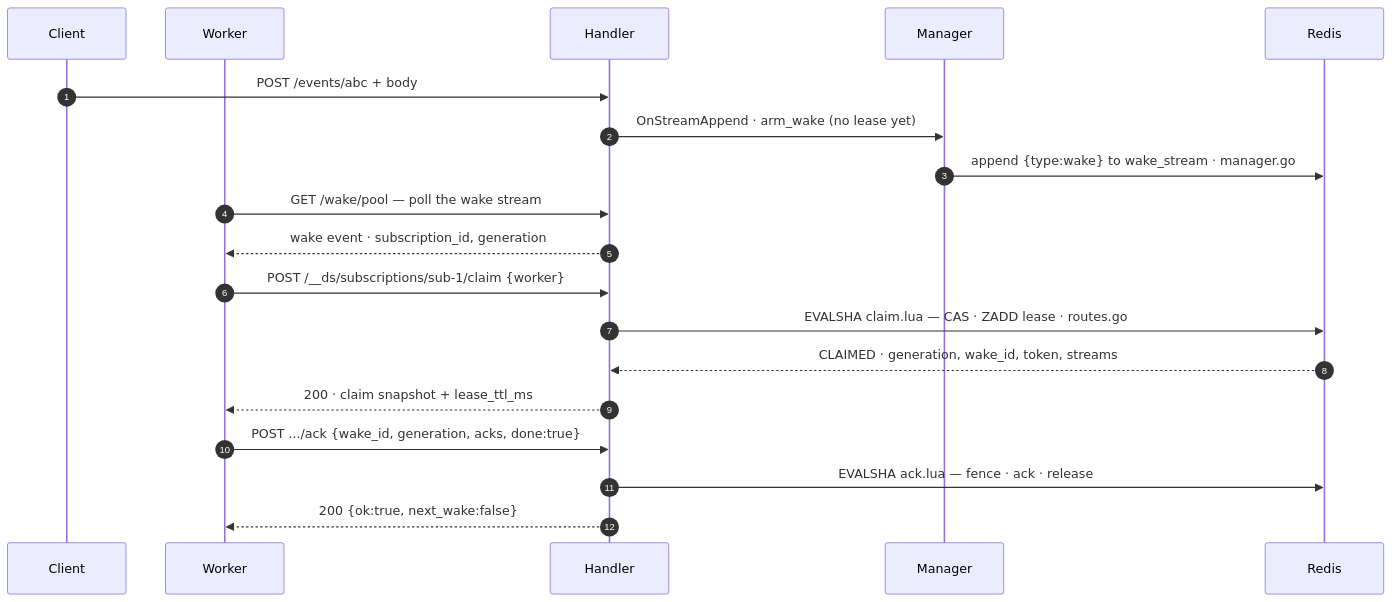
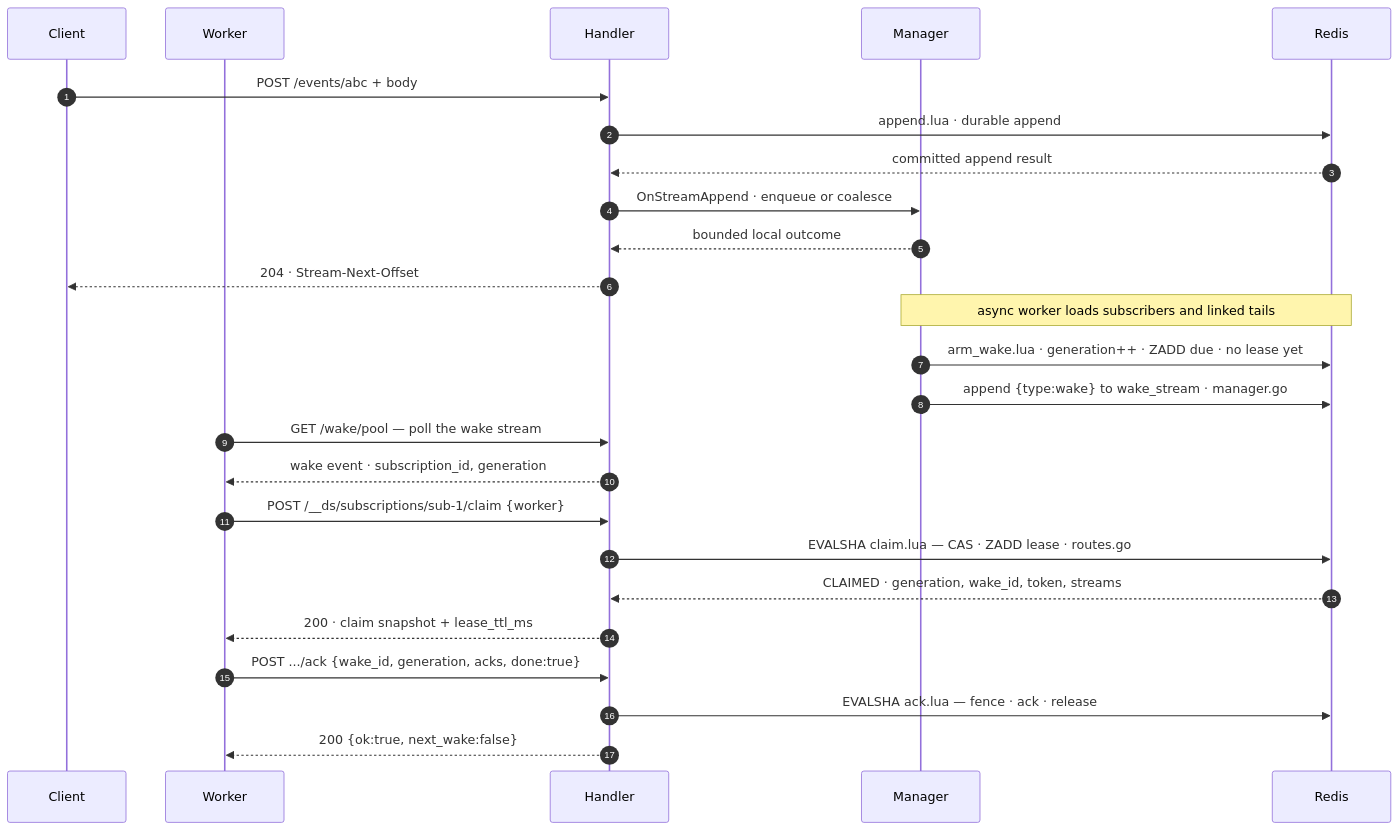
Before and after one commit to adityavkk/chronicle: the diagram in docs-site/diagrams/seq-sub-pullwake.mmd, drawn with Mermaid. The commit also changed 30 other files, not shown here.

```diff
--- a/docs-site/diagrams/seq-sub-pullwake.mmd
+++ b/docs-site/diagrams/seq-sub-pullwake.mmd
@@ -1,19 +1,25 @@
 sequenceDiagram
     autonumber
     participant C as Client
     participant Wk as Worker
     participant H as Handler
     participant M as Manager
     participant R as Redis
     C->>H: POST /events/abc + body
-    H->>M: OnStreamAppend · arm_wake (no lease yet)
+    H->>R: append.lua · durable append
+    R-->>H: committed append result
+    H->>M: OnStreamAppend · enqueue or coalesce
+    M-->>H: bounded local outcome
+    H-->>C: 204 · Stream-Next-Offset
+    Note over M,R: async worker loads subscribers and linked tails
+    M->>R: arm_wake.lua · generation++ · ZADD due · no lease yet
     M->>R: append {type:wake} to wake_stream · manager.go
     Wk->>H: GET /wake/pool — poll the wake stream
     H-->>Wk: wake event · subscription_id, generation
     Wk->>H: POST /__ds/subscriptions/sub-1/claim {worker}
     H->>R: EVALSHA claim.lua — CAS · ZADD lease · routes.go
     R-->>H: CLAIMED · generation, wake_id, token, streams
     H-->>Wk: 200 · claim snapshot + lease_ttl_ms
     Wk->>H: POST .../ack {wake_id, generation, acks, done:true}
     H->>R: EVALSHA ack.lua — fence · ack · release
     H-->>Wk: 200 {ok:true, next_wake:false}
```
